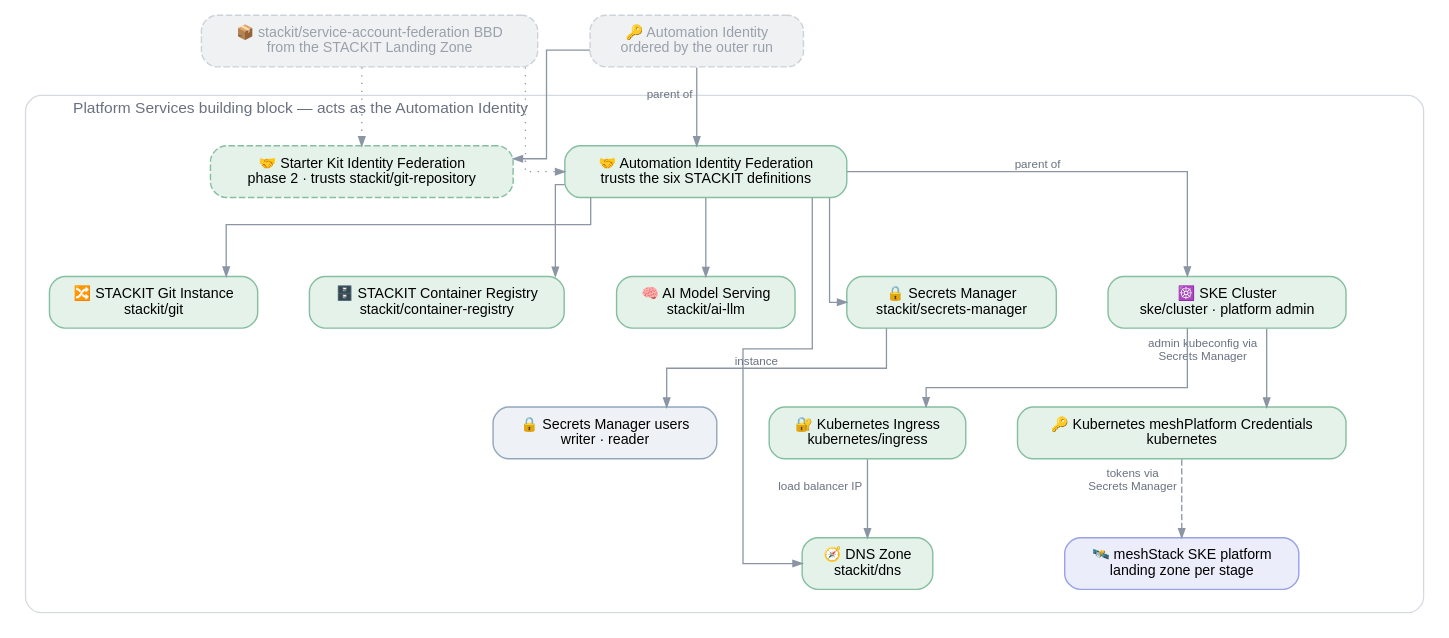
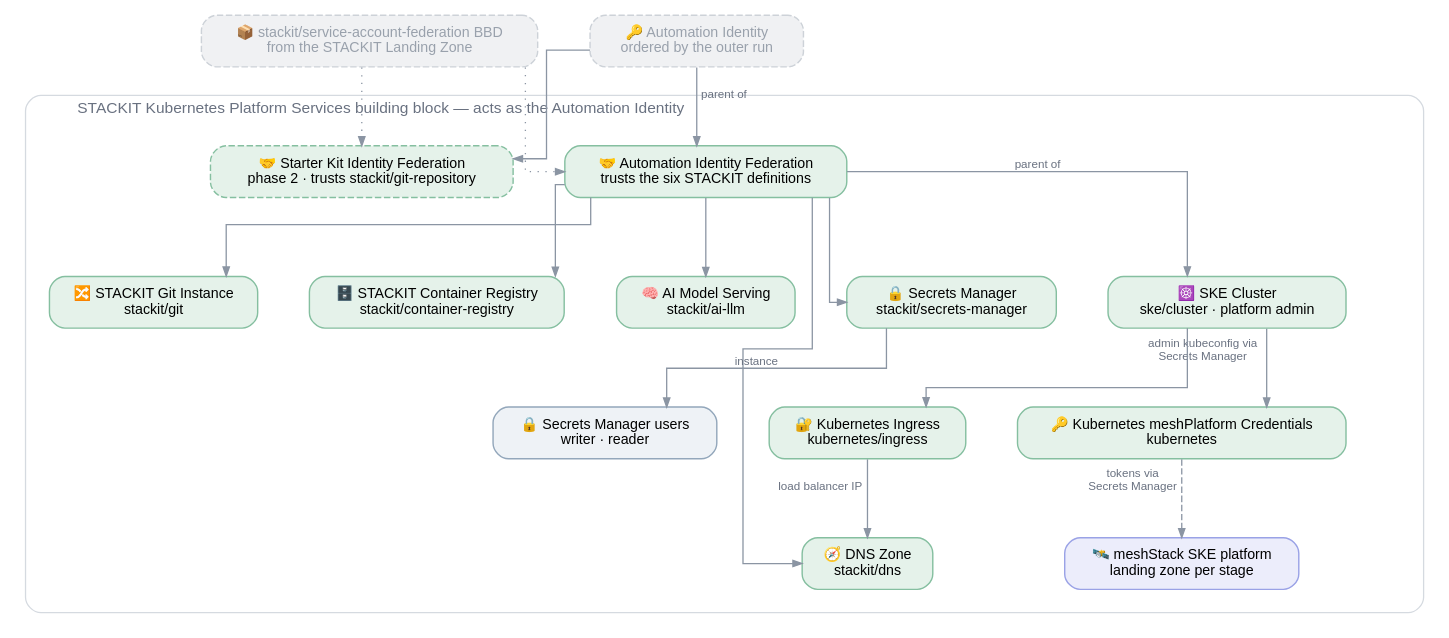
The diagram in reference-architectures/stackit-kubernetes/stackit-kubernetes-building-blocks.dot (meshcloud/meshstack-hub), drawn with Graphviz before and after one commit. The commit also changed 11 other files, not shown here.

First line of the commit message:
feat(ref-arch/stackit-kubernetes): name the building blocks and project after the platform identifier

```diff
--- a/reference-architectures/stackit-kubernetes/stackit-kubernetes-building-blocks.dot
+++ b/reference-architectures/stackit-kubernetes/stackit-kubernetes-building-blocks.dot
@@ -1,67 +1,67 @@
 /*
- * Building block tree of the nested Platform Services building block. The outer layer that orders
- * it is described in README.md, not drawn here.
+ * Building block tree of the nested STACKIT Kubernetes Platform Services building block. The outer
+ * layer that orders it is described in README.md, not drawn here.
  * Conventions: .agents/references/diagrams.md — render with: task diagrams
  */
 digraph stackit_kubernetes_building_blocks {
   rankdir=TB
   splines=ortho
   forcelabels=true
   bgcolor="white"
   nodesep=0.55
   ranksep=0.85
 
   node [shape=box style="rounded,filled" fontname="Helvetica" fontsize=11
         fillcolor="#ffffff" color="#a2abb8" penwidth=1.1 margin="0.20,0.11"]
   edge [fontname="Helvetica" fontsize=9 fontcolor="#697180" color="#8b95a3" arrowsize=0.7]
 
   // Context only: the landing zone's definition and the outer run's identity.
   BBD_FED [label="📦 stackit/service-account-federation BBD\nfrom the STACKIT Landing Zone"
            style="rounded,filled,dashed" fillcolor="#f0f1f3" color="#cdd2d8" fontcolor="#99a1ac"]
   SA      [label="🔑 Automation Identity\nordered by the outer run"
            style="rounded,filled,dashed" fillcolor="#f0f1f3" color="#cdd2d8" fontcolor="#99a1ac"]
 
   { rank=same; BBD_FED -> SA [style=invis] }
 
   subgraph cluster_platform {
-    label="  Platform Services building block — acts as the Automation Identity"
+    label="  STACKIT Kubernetes Platform Services building block — acts as the Automation Identity"
     labeljust=l
     fontname="Helvetica" fontsize=12 fontcolor="#697180"
     style="rounded" color="#d5dae0"
     margin=18
 
     FED     [label="🤝 Automation Identity Federation\ntrusts the six STACKIT definitions" fillcolor="#e5f2ea" color="#85bfa0"]
     SM      [label="🔒 Secrets Manager\nstackit/secrets-manager" fillcolor="#e5f2ea" color="#85bfa0"]
     USERS   [label="🔒 Secrets Manager users\nwriter · reader" fillcolor="#eef2f6" color="#93a7bb"]
     CLUSTER [label="☸️ SKE Cluster\nske/cluster · platform admin" fillcolor="#e5f2ea" color="#85bfa0"]
     GIT     [label="🔀 STACKIT Git Instance\nstackit/git" fillcolor="#e5f2ea" color="#85bfa0"]
     REG     [label="🗄️ STACKIT Container Registry\nstackit/container-registry" fillcolor="#e5f2ea" color="#85bfa0"]
     AI      [label="🧠 AI Model Serving\nstackit/ai-llm" fillcolor="#e5f2ea" color="#85bfa0"]
     CREDS   [label="🔑 Kubernetes meshPlatform Credentials\nkubernetes" fillcolor="#e5f2ea" color="#85bfa0"]
     ING     [label="🔐 Kubernetes Ingress\nkubernetes/ingress" fillcolor="#e5f2ea" color="#85bfa0"]
     DNS     [label="🧭 DNS Zone\nstackit/dns" fillcolor="#e5f2ea" color="#85bfa0"]
     MP      [label="🛰️ meshStack SKE platform\nlanding zone per stage" fillcolor="#ecedfb" color="#9aa2e6"]
     SKFED   [label="🤝 Starter Kit Identity Federation\nphase 2 · trusts stackit/git-repository"
              style="rounded,filled,dashed" fillcolor="#e5f2ea" color="#85bfa0"]
 
     { rank=same; SM -> CLUSTER -> GIT -> REG -> AI [style=invis] }
     { rank=same; CREDS -> ING [style=invis] }
 
     FED     -> CLUSTER [xlabel="parent of"]
     FED     -> GIT
     FED     -> REG
     FED     -> AI
     FED     -> SM
     SM      -> USERS   [xlabel="instance"]
     CLUSTER -> CREDS   [xlabel="admin kubeconfig via\nSecrets Manager"]
     CLUSTER -> ING
     ING     -> DNS     [xlabel="load balancer IP"]
     FED     -> DNS     [constraint=false]
     CREDS   -> MP      [xlabel="tokens via\nSecrets Manager" style=dashed]
   }
 
   SA      -> FED   [xlabel="parent of"]
   SA      -> SKFED
   BBD_FED -> FED   [style=dotted]
   BBD_FED -> SKFED [style=dotted]
 }
```
